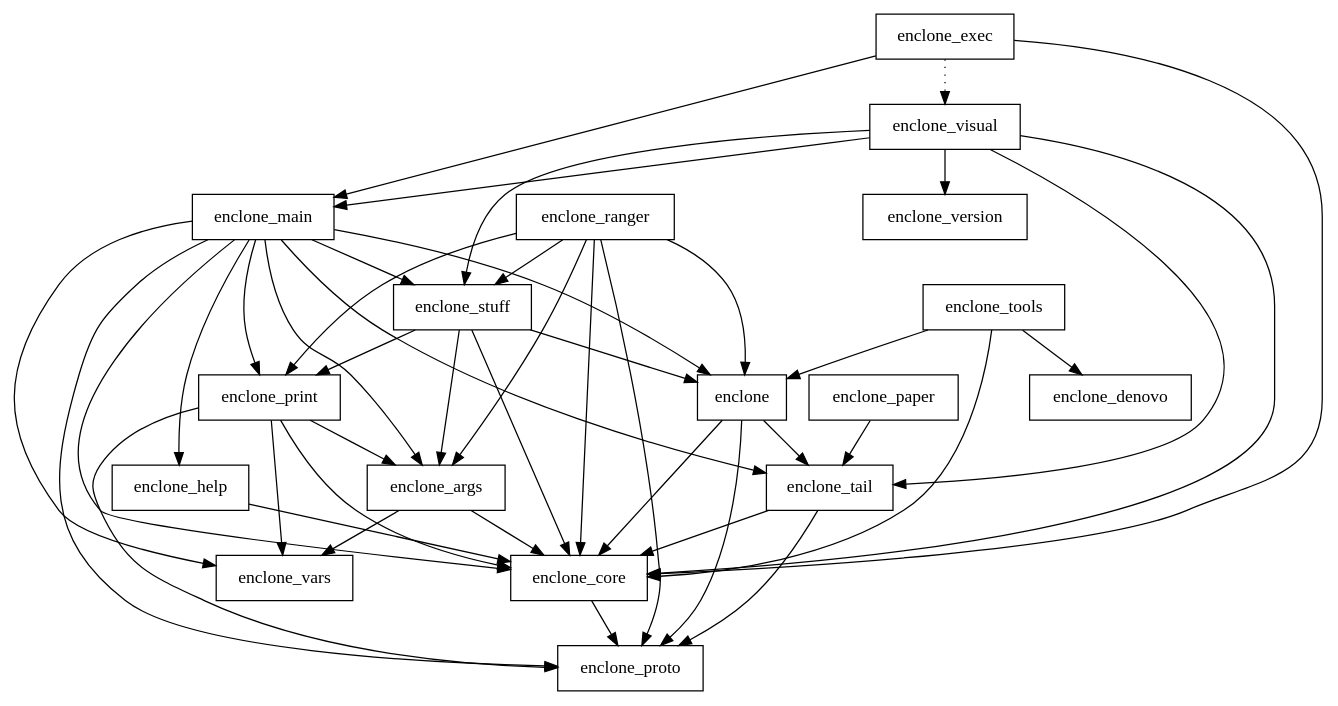
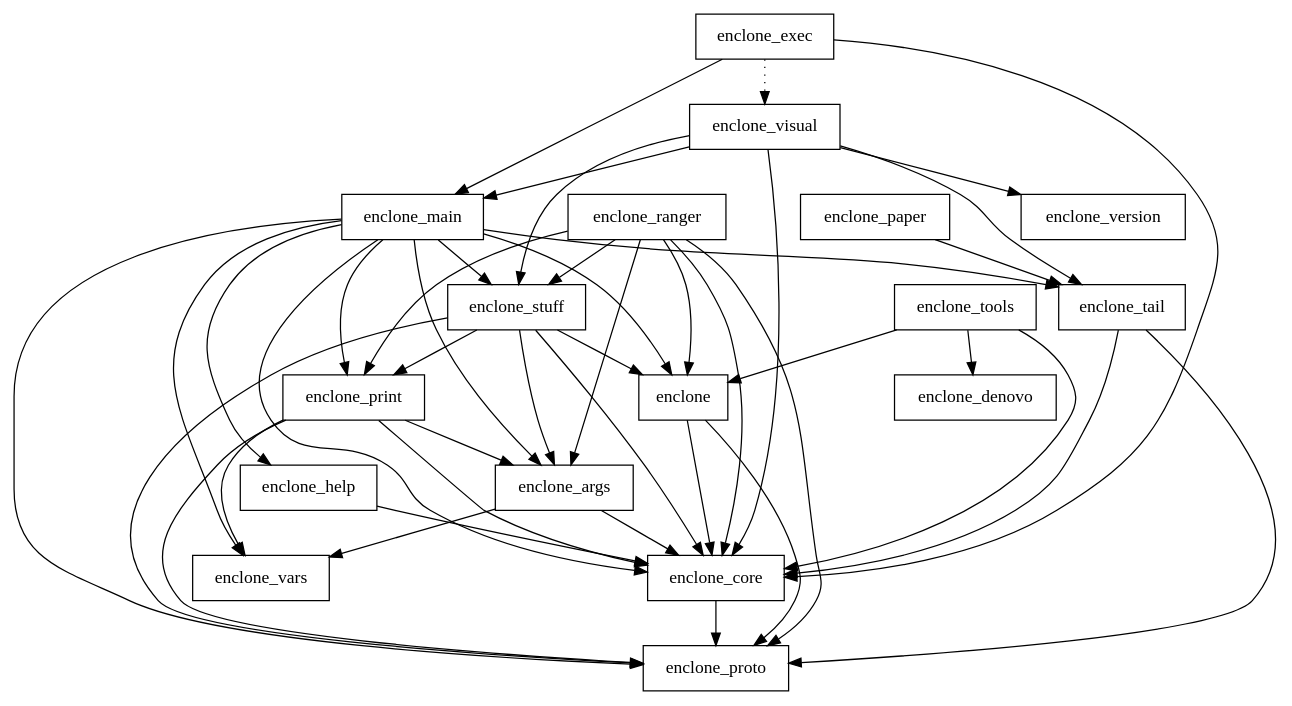
Before and after one commit to 10XGenomics/enclone: the diagram in crates.dot, drawn with Graphviz. The commit also changed 126 other files, not shown here.

```diff
--- a/crates.dot
+++ b/crates.dot
@@ -1,63 +1,63 @@
 digraph {
     0 [ label = "enclone" shape = box]
     1 [ label = "enclone_core" shape = box]
     2 [ label = "enclone_proto" shape = box]
-    3 [ label = "enclone_tail" shape = box]
-    4 [ label = "enclone_args" shape = box]
-    5 [ label = "enclone_vars" shape = box]
-    6 [ label = "enclone_denovo" shape = box]
-    7 [ label = "enclone_exec" shape = box]
-    8 [ label = "enclone_main" shape = box]
-    9 [ label = "enclone_help" shape = box]
-    10 [ label = "enclone_print" shape = box]
-    11 [ label = "enclone_stuff" shape = box]
+    3 [ label = "enclone_args" shape = box]
+    4 [ label = "enclone_vars" shape = box]
+    5 [ label = "enclone_denovo" shape = box]
+    6 [ label = "enclone_exec" shape = box]
+    7 [ label = "enclone_main" shape = box]
+    8 [ label = "enclone_help" shape = box]
+    9 [ label = "enclone_print" shape = box]
+    10 [ label = "enclone_stuff" shape = box]
+    11 [ label = "enclone_tail" shape = box]
     12 [ label = "enclone_visual" shape = box]
     13 [ label = "enclone_version" shape = box]
     14 [ label = "enclone_ranger" shape = box]
     15 [ label = "enclone_tools" shape = box]
     16 [ label = "enclone_paper" shape = box]
     0 -> 1 [ ]
     0 -> 2 [ ]
-    0 -> 3 [ ]
     1 -> 2 [ ]
     3 -> 1 [ ]
-    3 -> 2 [ ]
-    4 -> 1 [ ]
-    4 -> 5 [ ]
+    3 -> 4 [ ]
+    6 -> 1 [ ]
+    6 -> 7 [ ]
+    6 -> 12 [ style = dotted]
+    7 -> 0 [ ]
+    7 -> 3 [ ]
     7 -> 1 [ ]
     7 -> 8 [ ]
-    7 -> 12 [ style = dotted]
-    8 -> 0 [ ]
-    8 -> 4 [ ]
+    7 -> 9 [ ]
+    7 -> 2 [ ]
+    7 -> 10 [ ]
+    7 -> 11 [ ]
+    7 -> 4 [ ]
     8 -> 1 [ ]
-    8 -> 9 [ ]
-    8 -> 10 [ ]
-    8 -> 2 [ ]
-    8 -> 11 [ ]
-    8 -> 3 [ ]
-    8 -> 5 [ ]
+    9 -> 3 [ ]
     9 -> 1 [ ]
-    10 -> 4 [ ]
+    9 -> 2 [ ]
+    9 -> 4 [ ]
+    10 -> 0 [ ]
+    10 -> 3 [ ]
     10 -> 1 [ ]
+    10 -> 9 [ ]
     10 -> 2 [ ]
-    10 -> 5 [ ]
-    11 -> 0 [ ]
-    11 -> 4 [ ]
     11 -> 1 [ ]
-    11 -> 10 [ ]
+    11 -> 2 [ ]
     12 -> 1 [ ]
-    12 -> 8 [ ]
+    12 -> 7 [ ]
+    12 -> 10 [ ]
     12 -> 11 [ ]
-    12 -> 3 [ ]
     12 -> 13 [ ]
     14 -> 0 [ ]
-    14 -> 4 [ ]
+    14 -> 3 [ ]
     14 -> 1 [ ]
+    14 -> 9 [ ]
+    14 -> 2 [ ]
     14 -> 10 [ ]
-    14 -> 2 [ ]
-    14 -> 11 [ ]
     15 -> 0 [ ]
     15 -> 1 [ ]
-    15 -> 6 [ ]
-    16 -> 3 [ ]
+    15 -> 5 [ ]
+    16 -> 11 [ ]
 }
```
